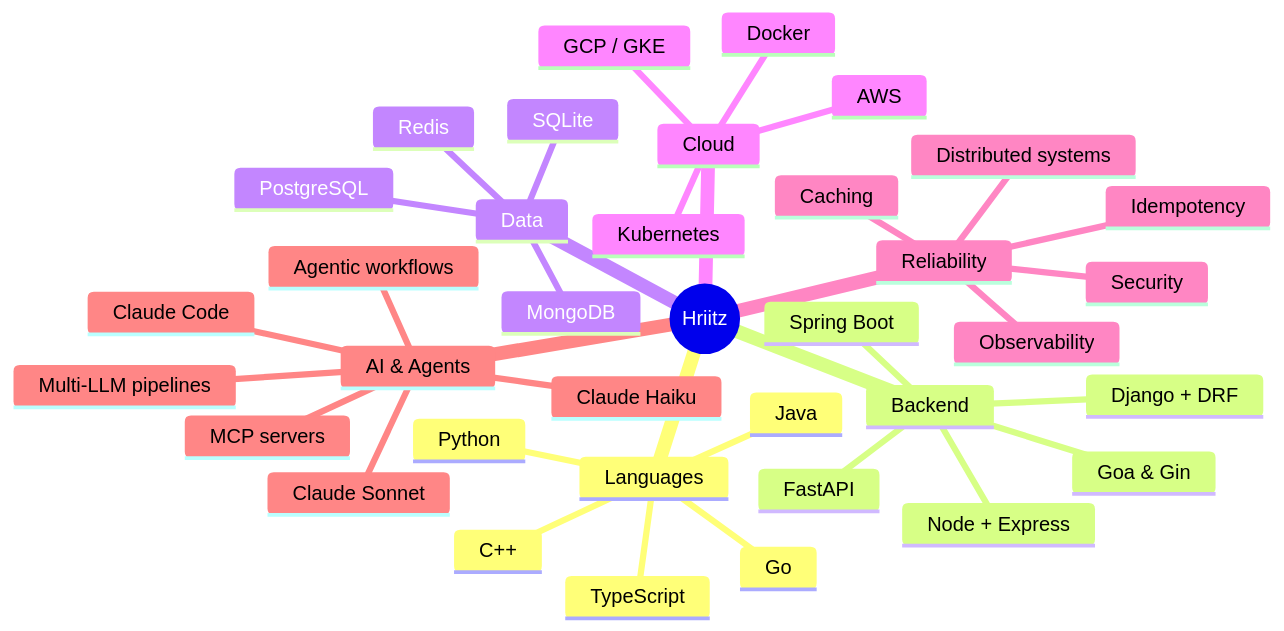
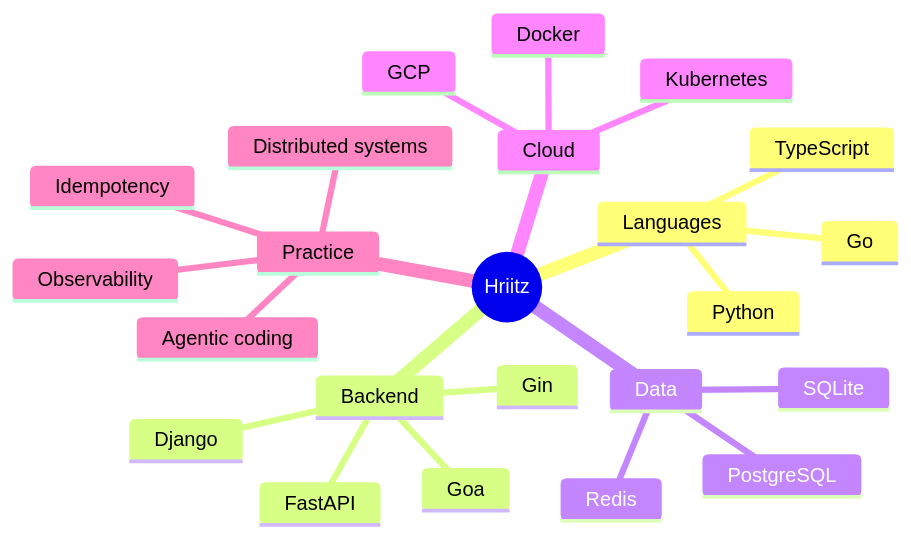
Before and after one commit to Hriitz/Hriitz: the diagram in README.md, drawn with Mermaid. The commit also changed other lines of this file, not shown here.

````diff
--- a/README.md
+++ b/README.md
@@ -192,39 +188,26 @@
 ```mermaid
 mindmap
   root((Hriitz))
     Languages
       Go
       Python
       TypeScript
-      Java
-      C++
     Backend
-      Goa & Gin
-      Django + DRF
+      Goa
+      Gin
       FastAPI
-      Spring Boot
-      Node + Express
+      Django
     Data
       PostgreSQL
       Redis
-      MongoDB
       SQLite
     Cloud
-      GCP / GKE
-      AWS
+      GCP
       Docker
       Kubernetes
-    Reliability
+    Practice
       Distributed systems
       Idempotency
-      Caching
       Observability
-      Security
-    AI & Agents
-      Claude Code
-      Claude Haiku
-      Claude Sonnet
-      MCP servers
-      Multi-LLM pipelines
-      Agentic workflows
+      Agentic coding
 ```
````
